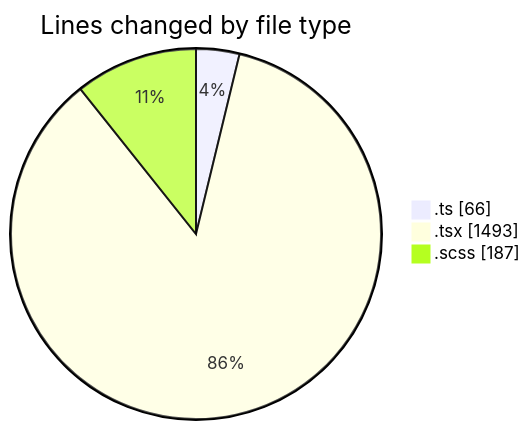
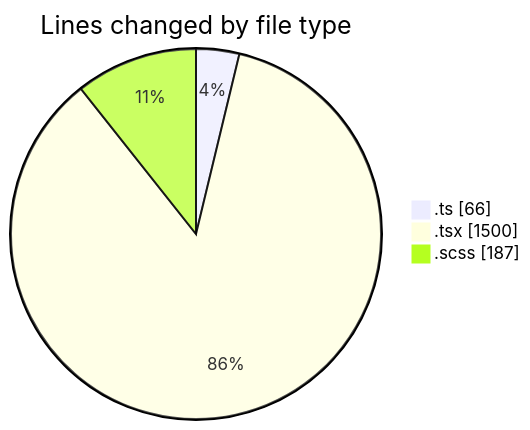
Before and after one commit to momahboobian/code-tracking: the first of 2 diagrams in 2025-03-21/cda/README.md, drawn with Mermaid. The commit also changed other lines of this file and 1 other file, not shown here.

````diff
--- a/2025-03-21/cda/README.md
+++ b/2025-03-21/cda/README.md
@@ -32,7 +32,7 @@
 ```mermaid
 pie showData
 title Lines changed by file type
 ".ts" : 66
-".tsx" : 1493
+".tsx" : 1500
 ".scss" : 187
 ```
````
